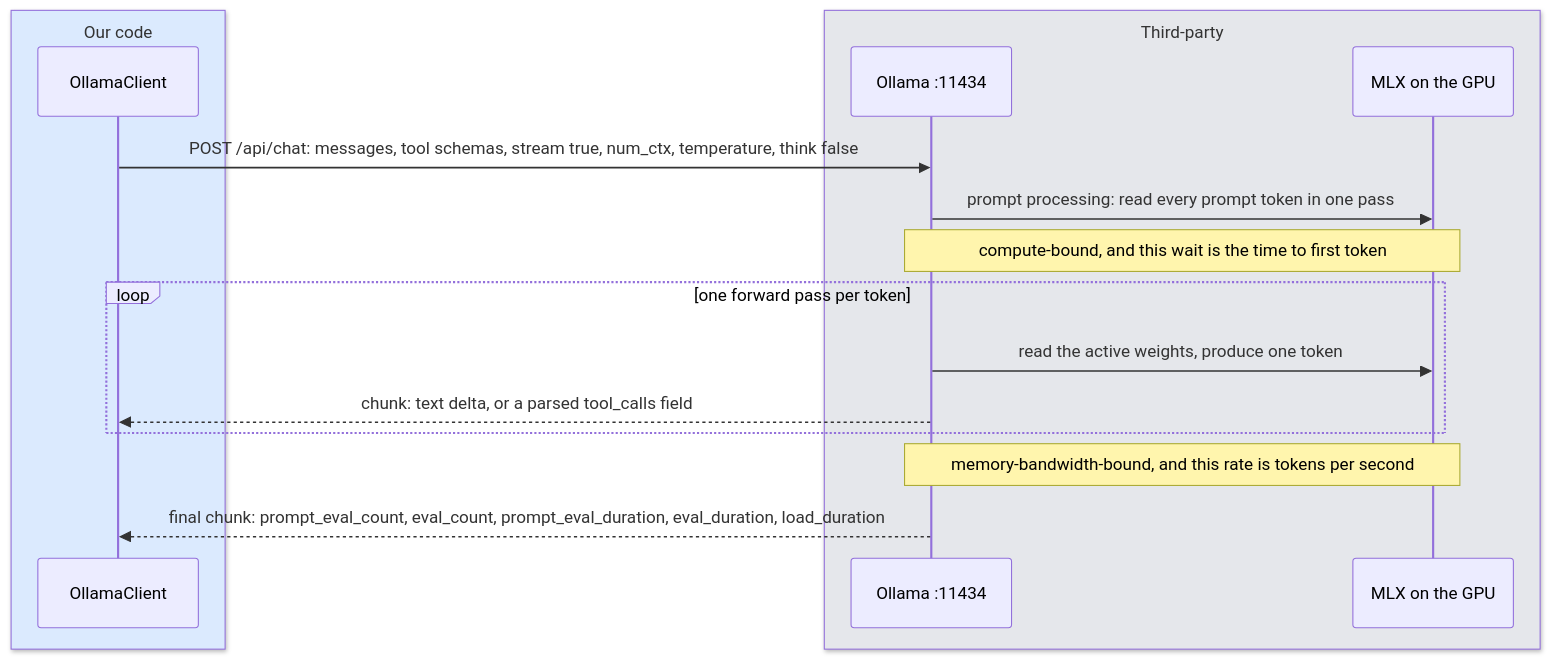
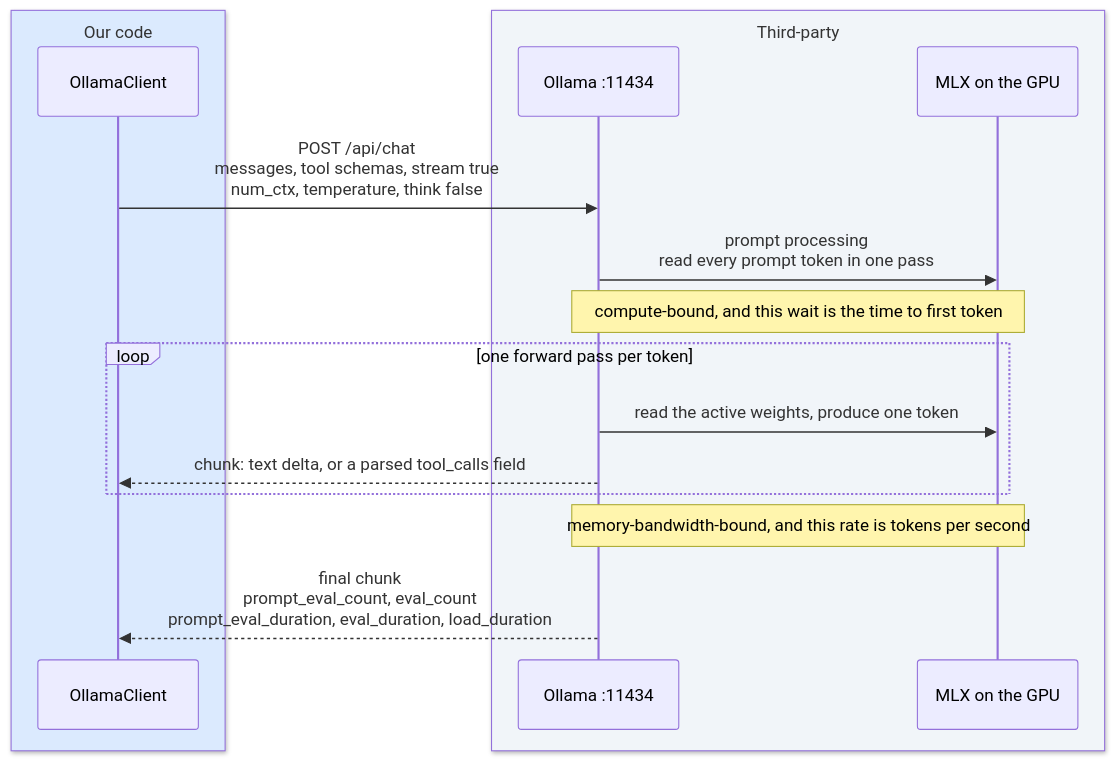
The third of 4 diagrams in operator_manual/02_local_llm.md (seanlin2000/home_assistant), drawn with Mermaid before and after one commit. The commit also changed other lines of this file and 33 other files, not shown here.

First line of the commit message:
Diagrams rendered at build time by ELK with a light theme, redrawn as layers; the manual becomes the Home Assistant Handbook

````diff
--- a/operator_manual/02_local_llm.md
+++ b/operator_manual/02_local_llm.md
@@ -79,19 +81,19 @@
 ```mermaid
 sequenceDiagram
     box rgb(219,234,254) Our code
         participant agent as OllamaClient
     end
-    box rgb(229,231,235) Third-party
+    box rgb(241,245,249) Third-party
         participant ollama as Ollama :11434
         participant gpu as MLX on the GPU
     end
-    agent->>ollama: POST /api/chat: messages, tool schemas, stream true, num_ctx, temperature, think false
-    ollama->>gpu: prompt processing: read every prompt token in one pass
+    agent->>ollama: POST /api/chat<br/>messages, tool schemas, stream true<br/>num_ctx, temperature, think false
+    ollama->>gpu: prompt processing<br/>read every prompt token in one pass
     Note over ollama,gpu: compute-bound, and this wait is the time to first token
     loop one forward pass per token
         ollama->>gpu: read the active weights, produce one token
         ollama-->>agent: chunk: text delta, or a parsed tool_calls field
     end
     Note over ollama,gpu: memory-bandwidth-bound, and this rate is tokens per second
-    ollama-->>agent: final chunk: prompt_eval_count, eval_count, prompt_eval_duration, eval_duration, load_duration
+    ollama-->>agent: final chunk<br/>prompt_eval_count, eval_count<br/>prompt_eval_duration, eval_duration, load_duration
 ```
````
